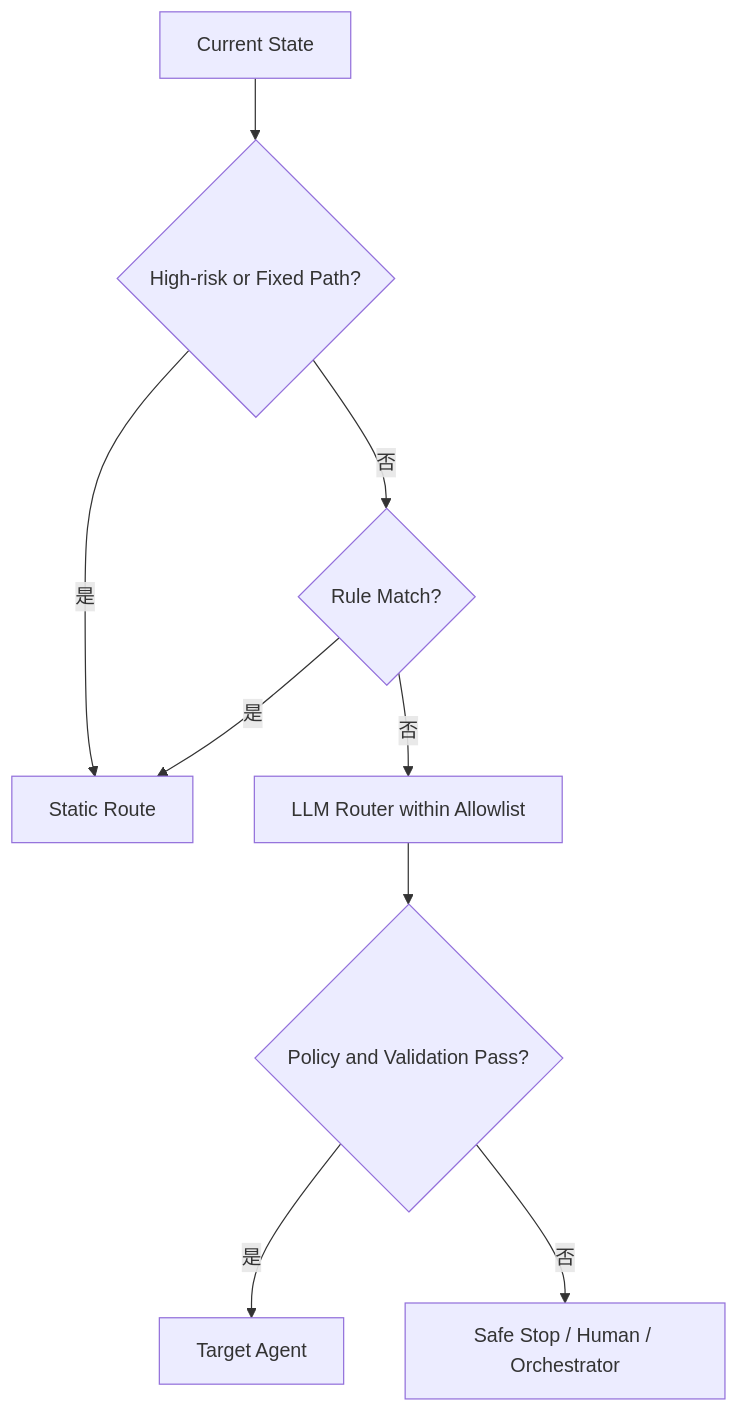
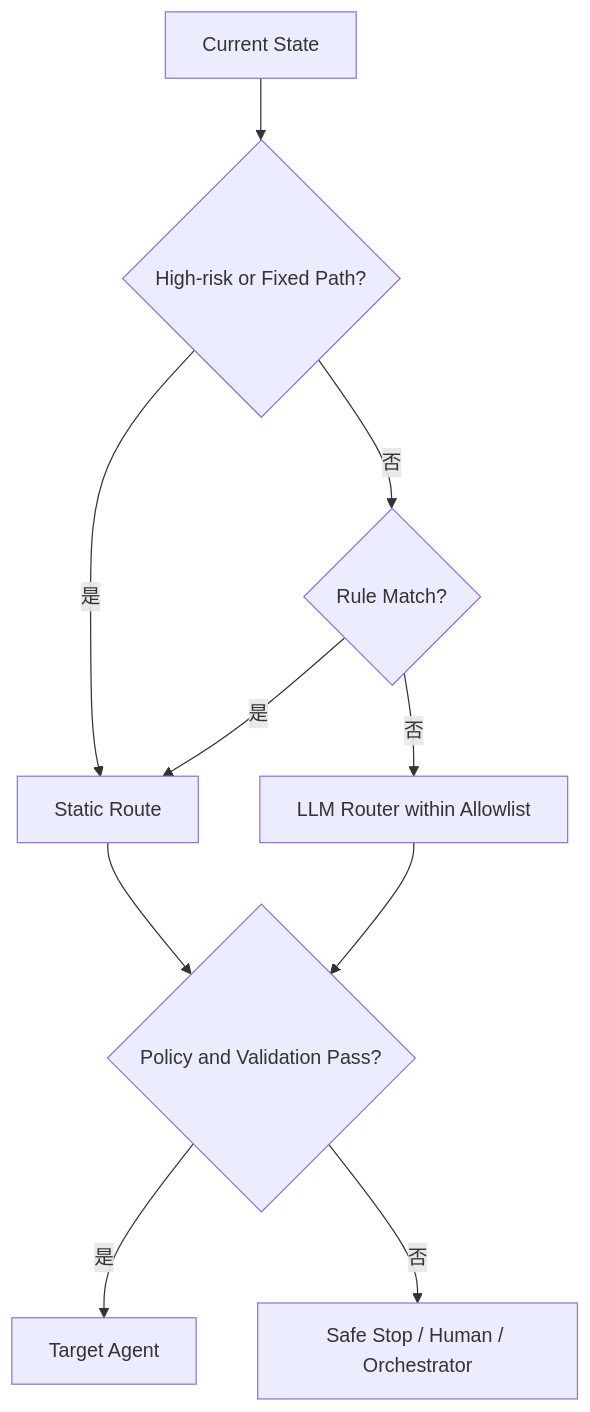
Diagram 13 of 24 in docs/agent/04-multi-agent/13-multi-agent-coordination.md (oneleaveknowsthefall/awesome-ai-roadmap), drawn with Mermaid before and after one commit. The commit also changed other lines of this file and 34 other files, not shown here.

````diff
--- a/docs/agent/04-multi-agent/13-multi-agent-coordination.md
+++ b/docs/agent/04-multi-agent/13-multi-agent-coordination.md
@@ -756,11 +760,12 @@
 ```mermaid
 flowchart TB
     S[Current State] --> H{High-risk or Fixed Path?}
     H -->|是| STATIC[Static Route]
     H -->|否| RULE{Rule Match?}
     RULE -->|是| STATIC
+    STATIC --> CHECK{Policy and Validation Pass?}
     RULE -->|否| LLM[LLM Router within Allowlist]
-    LLM --> CONF{Policy and Validation Pass?}
-    CONF -->|是| TARGET[Target Agent]
-    CONF -->|否| SAFE[Safe Stop / Human / Orchestrator]
+    LLM --> CHECK
+    CHECK -->|是| TARGET[Target Agent]
+    CHECK -->|否| SAFE[Safe Stop / Human / Orchestrator]
 ```
````
